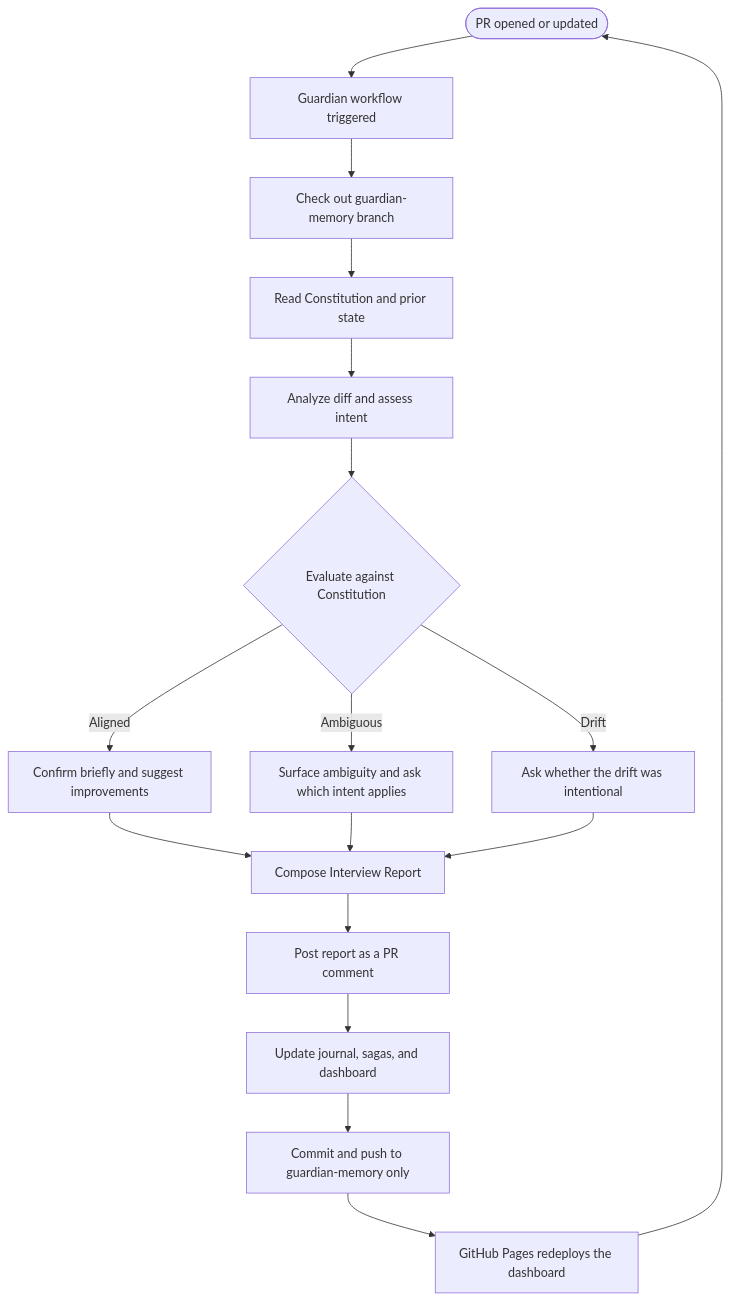
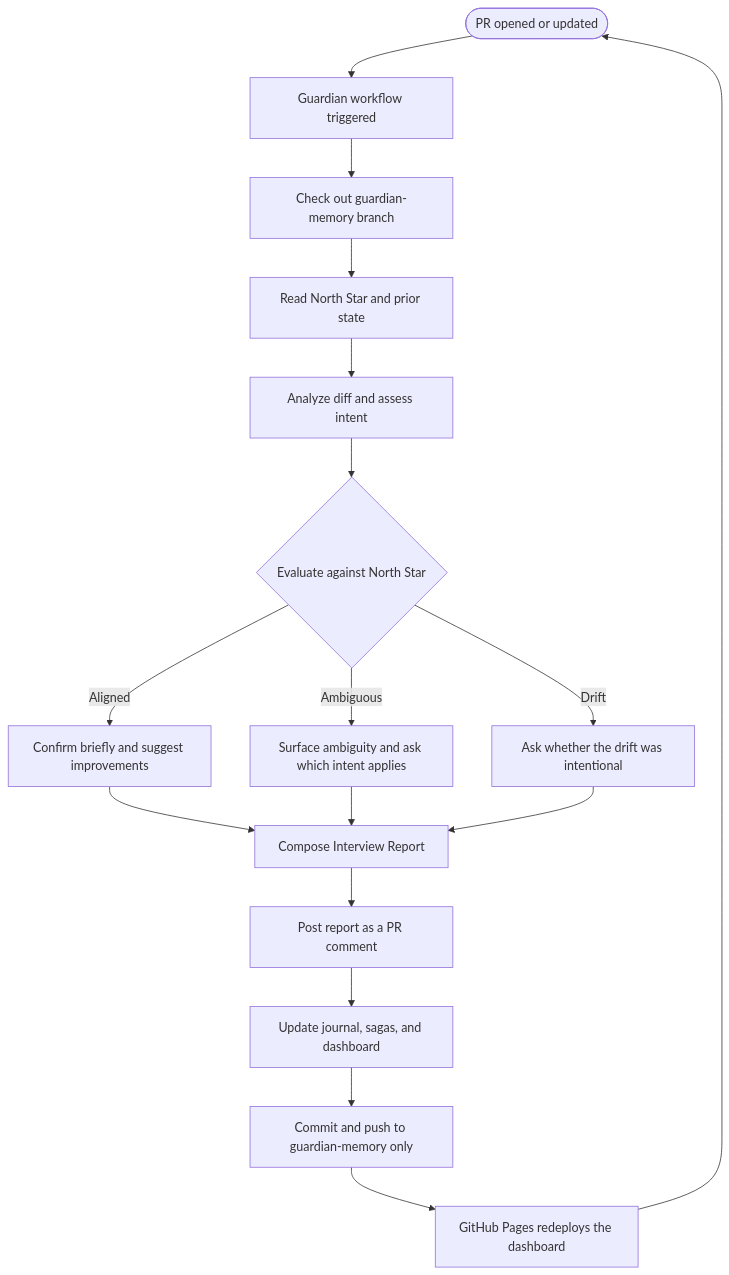
The first of 2 diagrams in docs/SPEC.md (Coldaine/NorthStarGuardian), drawn with Mermaid before and after one commit. The commit also changed other lines of this file and 20 other files, not shown here.

Commit message:
refactor: rename constitution to north star

````diff
--- a/docs/SPEC.md
+++ b/docs/SPEC.md
@@ -429,19 +429,19 @@
 ```mermaid
 flowchart TD
     A([PR opened or updated]) --> B[Guardian workflow triggered]
     B --> C[Check out guardian-memory branch]
-    C --> D[Read Constitution and prior state]
+    C --> D[Read North Star and prior state]
     D --> E[Analyze diff and assess intent]
-    E --> F{Evaluate against Constitution}
+    E --> F{Evaluate against North Star}
     F -->|Aligned| G[Confirm briefly and suggest improvements]
     F -->|Ambiguous| H[Surface ambiguity and ask which intent applies]
     F -->|Drift| I[Ask whether the drift was intentional]
     G --> J[Compose Interview Report]
     H --> J
     I --> J
     J --> K[Post report as a PR comment]
     K --> L[Update journal, sagas, and dashboard]
     L --> M[Commit and push to guardian-memory only]
     M --> N[GitHub Pages redeploys the dashboard]
     N --> A
 ```
````
